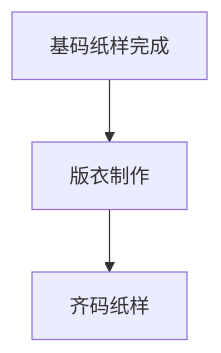
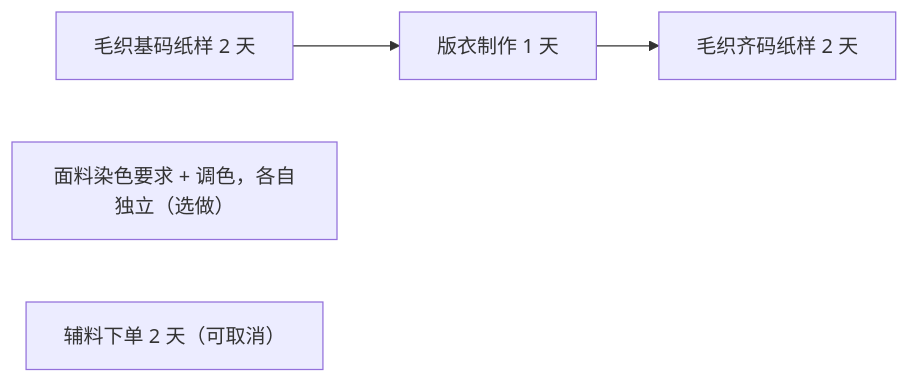
One commit to laoertongxue/higoods changed the fourth of 8 diagrams in docs/product-design/生产准备时效产品需求文档.md. Above: the diagram before and after it, drawn with Mermaid. The commit also changed other lines of this file, not shown here.

````diff
--- a/docs/product-design/生产准备时效产品需求文档.md
+++ b/docs/product-design/生产准备时效产品需求文档.md
@@ -313,5 +326,6 @@
 ```mermaid
-flowchart TD
-  A["基码纸样完成"] --> B["版衣制作"]
-  B --> C["齐码纸样"]
+flowchart LR
+  B["毛织基码纸样 2 天"] --> S["版衣制作 1 天"] --> F["毛织齐码纸样 2 天"]
+  D["面料染色要求 + 调色，各自独立（选做）"]
+  A["辅料下单 2 天（可取消）"]
 ```
````
